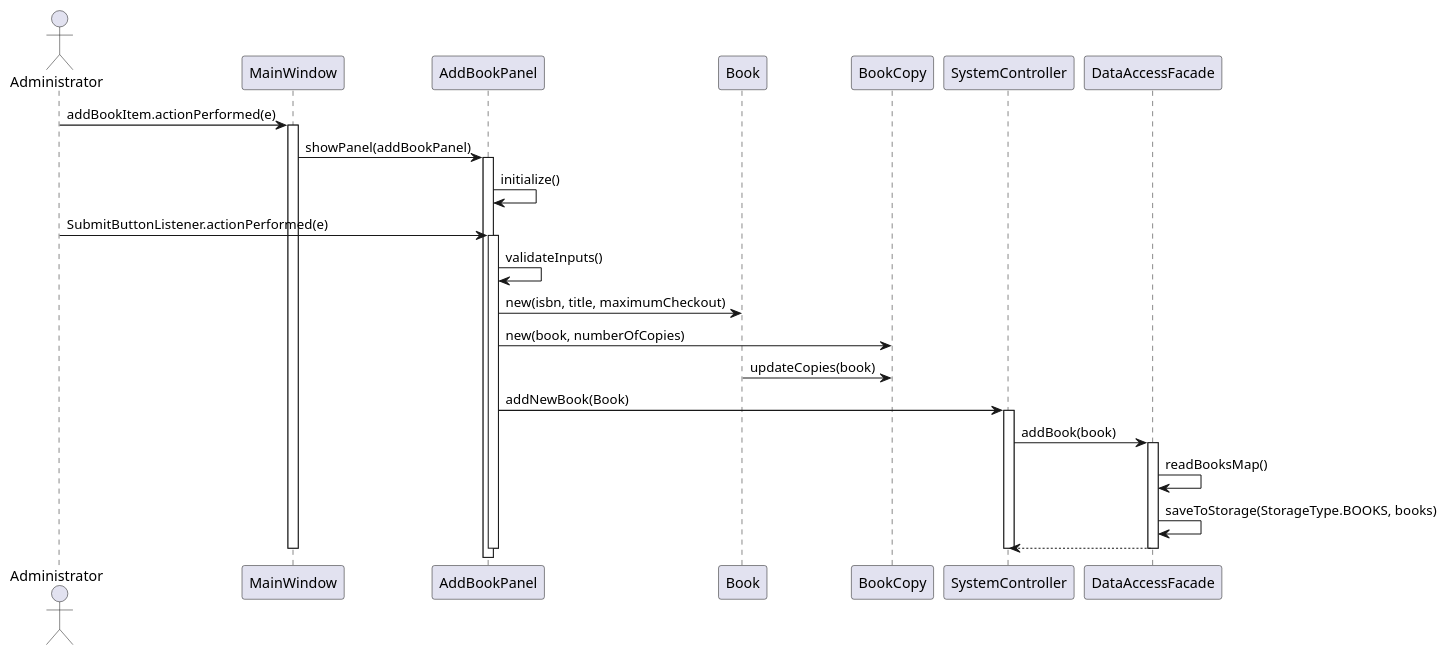
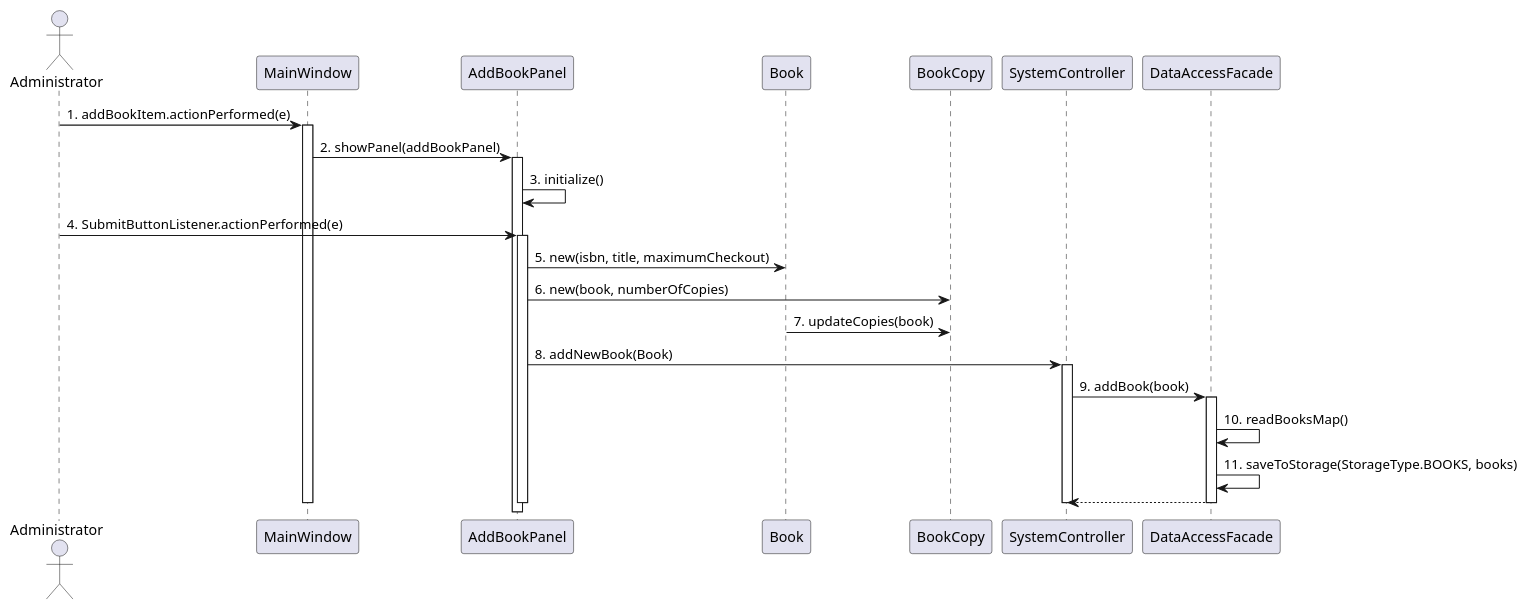
The diagram in src/uml/seq1-opt.puml (mohammed-almassri/LibraryGroupD), drawn with PlantUML before and after one commit.

Commit message:
add ordinary to diagrams

```diff
--- a/src/uml/seq1-opt.puml
+++ b/src/uml/seq1-opt.puml
@@ -1,41 +1,39 @@
 @startuml
 actor Administrator
 
-Administrator -> MainWindow : addBookItem.actionPerformed(e)
+Administrator -> MainWindow : 1. addBookItem.actionPerformed(e)
 activate MainWindow
 
-MainWindow -> AddBookPanel : showPanel(addBookPanel)
+MainWindow -> AddBookPanel : 2. showPanel(addBookPanel)
 activate AddBookPanel
 
-AddBookPanel -> AddBookPanel : initialize()
+AddBookPanel -> AddBookPanel : 3. initialize()
 
-Administrator -> AddBookPanel : SubmitButtonListener.actionPerformed(e)
+Administrator -> AddBookPanel : 4. SubmitButtonListener.actionPerformed(e)
 activate AddBookPanel
 
-AddBookPanel -> AddBookPanel : validateInputs()
+AddBookPanel -> Book : 5. new(isbn, title, maximumCheckout)
 
-AddBookPanel -> Book : new(isbn, title, maximumCheckout)
+AddBookPanel -> BookCopy : 6. new(book, numberOfCopies)
 
-AddBookPanel -> BookCopy : new(book, numberOfCopies)
+Book -> BookCopy: 7. updateCopies(book)
 
-Book -> BookCopy: updateCopies(book)
-
-AddBookPanel -> SystemController : addNewBook(Book)
+AddBookPanel -> SystemController : 8. addNewBook(Book)
 activate SystemController
 
-SystemController -> DataAccessFacade : addBook(book)
+SystemController -> DataAccessFacade : 9. addBook(book)
 activate DataAccessFacade
 
-DataAccessFacade -> DataAccessFacade : readBooksMap()
-DataAccessFacade -> DataAccessFacade : saveToStorage(StorageType.BOOKS, books)
+DataAccessFacade -> DataAccessFacade : 10. readBooksMap()
+DataAccessFacade -> DataAccessFacade : 11. saveToStorage(StorageType.BOOKS, books)
 
 return
 
 deactivate DataAccessFacade
 
 deactivate SystemController
 
 deactivate AddBookPanel
 
 deactivate MainWindow
 @enduml
```
